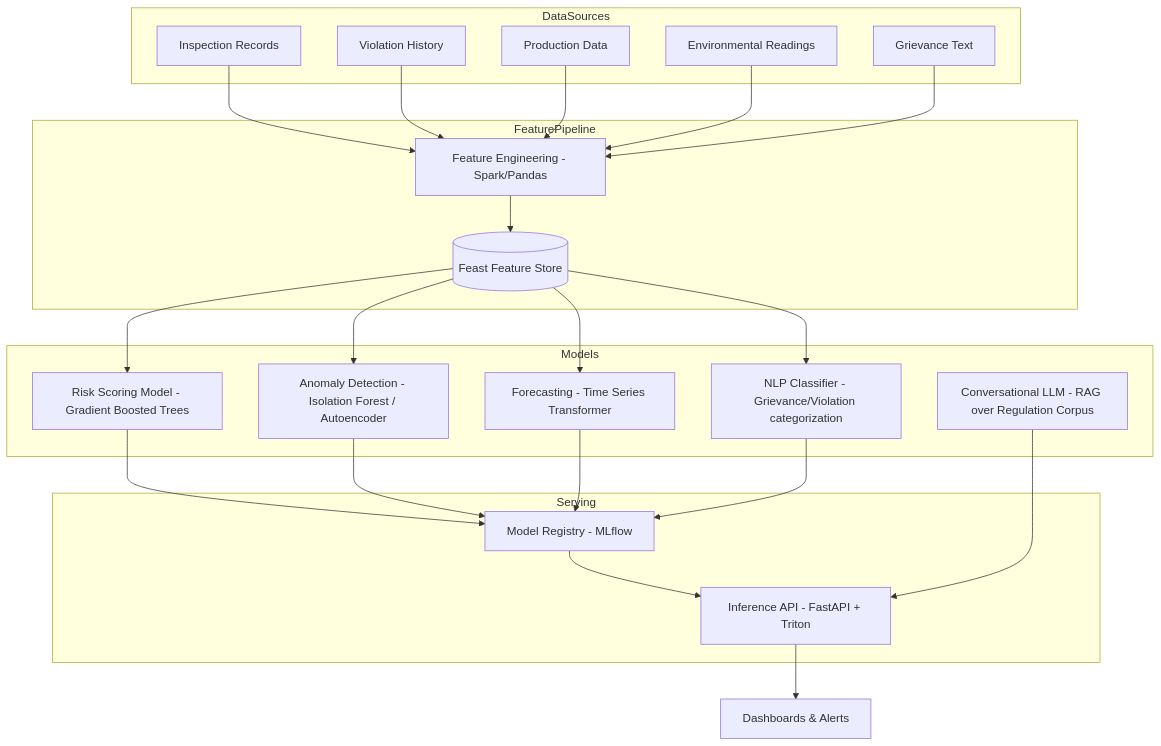
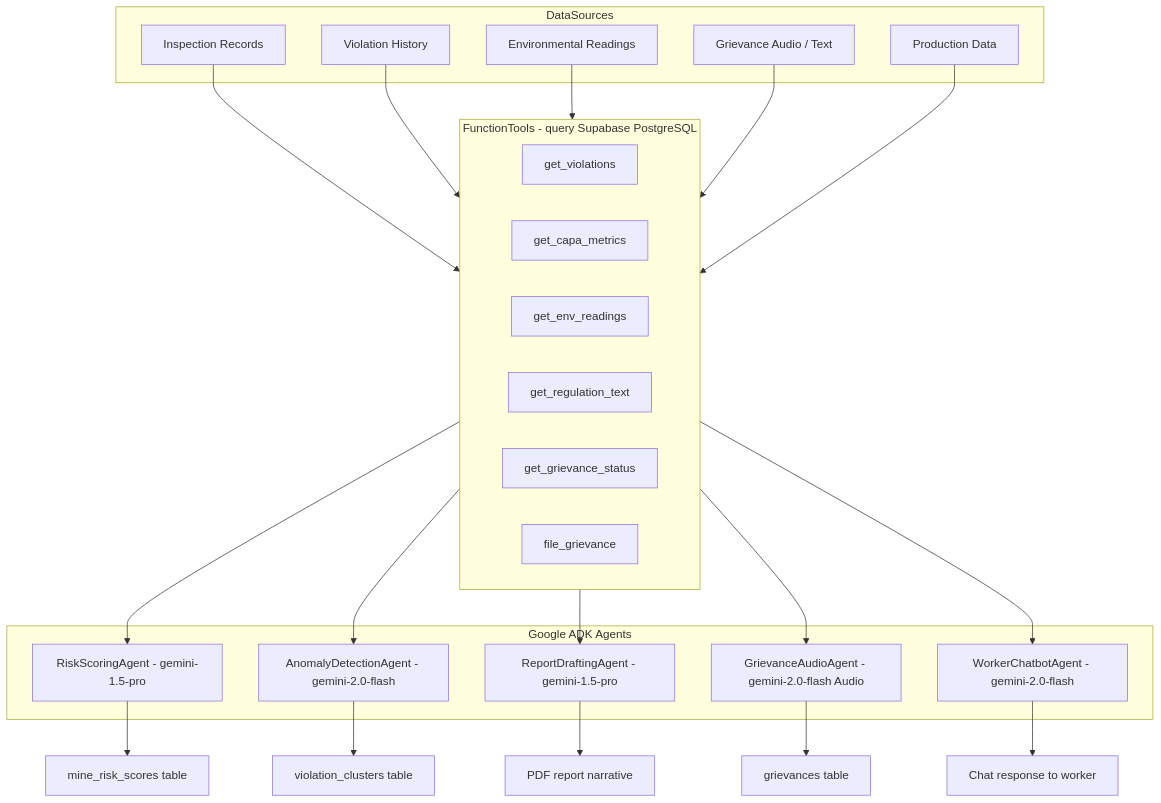
Before and after one commit to Coalmast/SIH2k26-1: diagram 11 of 18 in docs/PRD.md, drawn with Mermaid. The commit also changed other lines of this file and 25 other files, not shown here.

````diff
--- a/docs/PRD.md
+++ b/docs/PRD.md
@@ -836,30 +845,32 @@
 ```mermaid
 graph TB
     subgraph DataSources
         D1[Inspection Records]
         D2[Violation History]
-        D3[Production Data]
-        D4[Environmental Readings]
-        D5[Grievance Text]
+        D3[Environmental Readings]
+        D4[Grievance Audio / Text]
+        D5[Production Data]
     end
-    subgraph FeaturePipeline
-        FE[Feature Engineering - Spark/Pandas]
-        FS[(Feast Feature Store)]
+    subgraph ADK_Agents[Google ADK Agents]
+        A1[RiskScoringAgent - gemini-1.5-pro]
+        A2[AnomalyDetectionAgent - gemini-2.0-flash]
+        A3[ReportDraftingAgent - gemini-1.5-pro]
+        A4[GrievanceAudioAgent - gemini-2.0-flash Audio]
+        A5[WorkerChatbotAgent - gemini-2.0-flash]
     end
-    subgraph Models
-        M1[Risk Scoring Model - Gradient Boosted Trees]
-        M2[Anomaly Detection - Isolation Forest / Autoencoder]
-        M3[Forecasting - Time Series Transformer]
-        M4[NLP Classifier - Grievance/Violation categorization]
-        M5[Conversational LLM - RAG over Regulation Corpus]
+    subgraph Tools[FunctionTools - query Supabase PostgreSQL]
+        T1[get_violations]
+        T2[get_capa_metrics]
+        T3[get_env_readings]
+        T4[get_regulation_text]
+        T5[get_grievance_status]
+        T6[file_grievance]
     end
-    subgraph Serving
-        REG[Model Registry - MLflow]
-        SVC[Inference API - FastAPI + Triton]
-    end
-    D1 & D2 & D3 & D4 & D5 --> FE --> FS
-    FS --> M1 & M2 & M3 & M4
-    M1 & M2 & M3 & M4 --> REG --> SVC
-    M5 --> SVC
-    SVC --> DASH[Dashboards & Alerts]
+    D1 & D2 & D3 & D4 & D5 --> Tools
+    Tools --> A1 & A2 & A3 & A4 & A5
+    A1 --> R1[mine_risk_scores table]
+    A2 --> R2[violation_clusters table]
+    A3 --> R3[PDF report narrative]
+    A4 --> R4[grievances table]
+    A5 --> R5[Chat response to worker]
 ```
````
